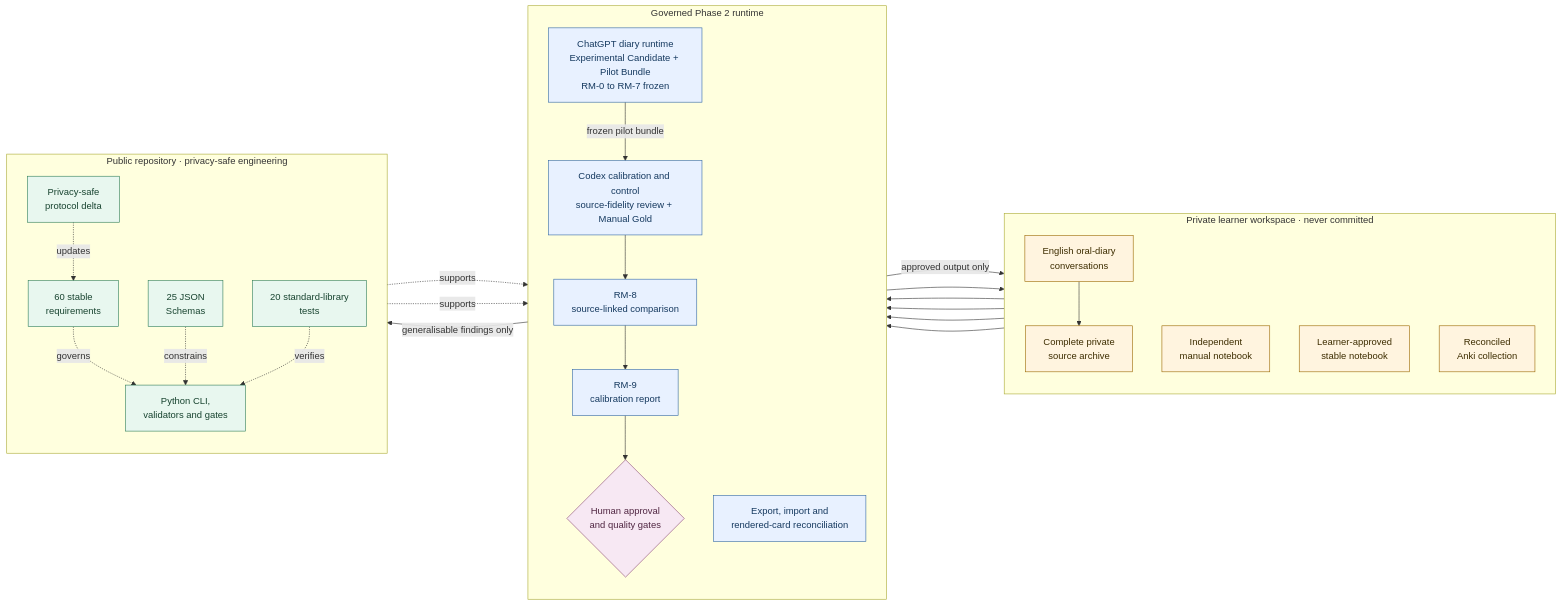
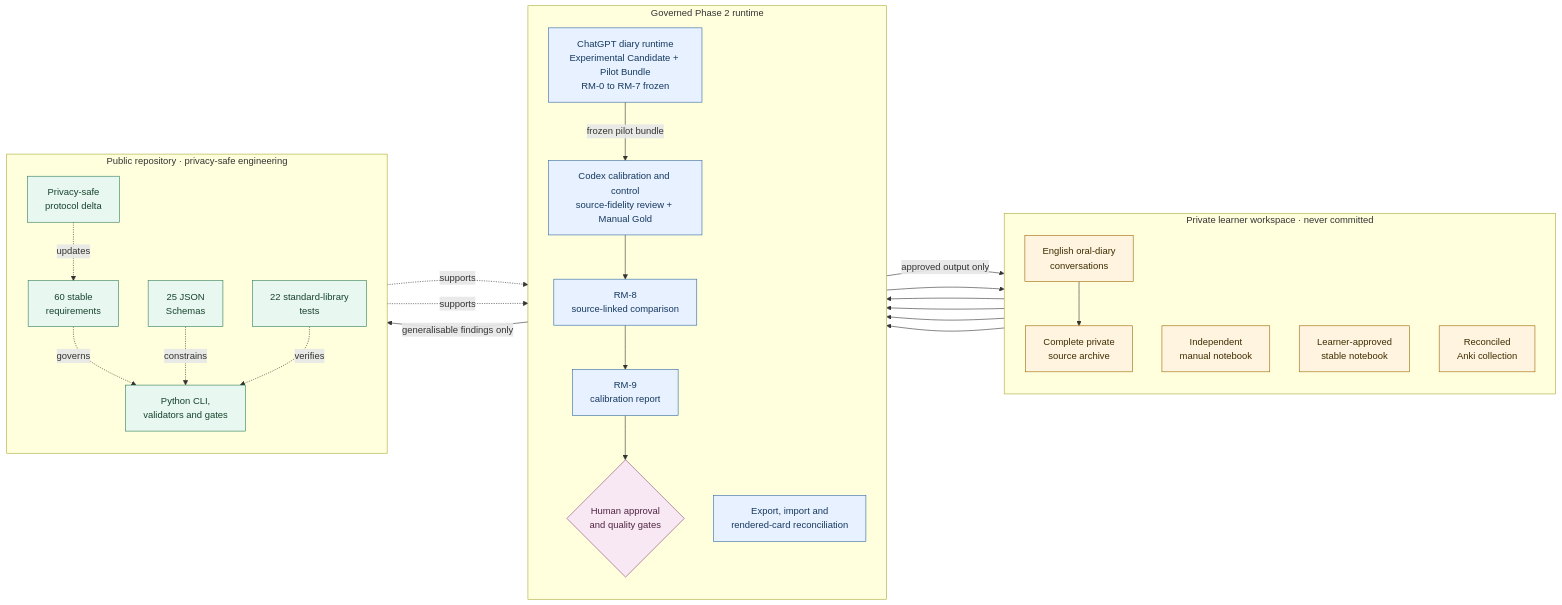
Before and after one commit to jingxian-grace-du/ai-assisted-language-learning-system: the diagram in README.md, drawn with Mermaid. The commit also changed other lines of this file and 9 other files, not shown here.

````diff
--- a/README.md
+++ b/README.md
@@ -48,57 +48,57 @@
 ```mermaid
 flowchart LR
     subgraph PRIVATE["Private learner workspace · never committed"]
         direction TB
         DIARY["English oral-diary<br/>conversations"]
         ARCHIVE["Complete private<br/>source archive"]
         MANUAL["Independent<br/>manual notebook"]
         STABLE["Learner-approved<br/>stable notebook"]
         ANKI["Reconciled<br/>Anki collection"]
     end
 
     subgraph RUNTIME["Governed Phase 2 runtime"]
         direction TB
         CHATGPT["ChatGPT diary runtime<br/>Experimental Candidate + Pilot Bundle<br/>RM-0 to RM-7 frozen"]
         CODEX["Codex calibration and control<br/>source-fidelity review + Manual Gold"]
         RM8["RM-8<br/>source-linked comparison"]
         RM9["RM-9<br/>calibration report"]
         REVIEW{"Human approval<br/>and quality gates"}
         RECON["Export, import and<br/>rendered-card reconciliation"]
     end
 
     subgraph PUBLIC["Public repository · privacy-safe engineering"]
         direction TB
         REQUIREMENTS["60 stable<br/>requirements"]
         SCHEMAS["25 JSON<br/>Schemas"]
         TOOLING["Python CLI,<br/>validators and gates"]
-        TESTS["20 standard-library<br/>tests"]
+        TESTS["22 standard-library<br/>tests"]
         DELTA["Privacy-safe<br/>protocol delta"]
     end
 
     DIARY --> CHATGPT
     DIARY --> ARCHIVE
     CHATGPT -->|frozen pilot bundle| CODEX
     ARCHIVE --> CODEX
     MANUAL --> CODEX
     CODEX --> RM8 --> RM9 --> REVIEW
     REVIEW -->|approved output only| STABLE
     STABLE --> RECON --> ANKI
 
     REQUIREMENTS -. governs .-> TOOLING
     SCHEMAS -. constrains .-> TOOLING
     TESTS -. verifies .-> TOOLING
     TOOLING -. supports .-> CHATGPT
     TOOLING -. supports .-> CODEX
     RM9 -->|generalisable findings only| DELTA
     DELTA -. updates .-> REQUIREMENTS
 
     classDef private fill:#fff4df,stroke:#9a6700,color:#3d2d00;
     classDef runtime fill:#e8f1ff,stroke:#3167a5,color:#15395f;
     classDef public fill:#e8f7ef,stroke:#2f7d58,color:#17432f;
     classDef gate fill:#f7e8f3,stroke:#8a4775,color:#502642;
 
     class DIARY,ARCHIVE,MANUAL,STABLE,ANKI private;
     class CHATGPT,CODEX,RM8,RM9,RECON runtime;
     class REQUIREMENTS,SCHEMAS,TOOLING,TESTS,DELTA public;
     class REVIEW gate;
 ```
````
